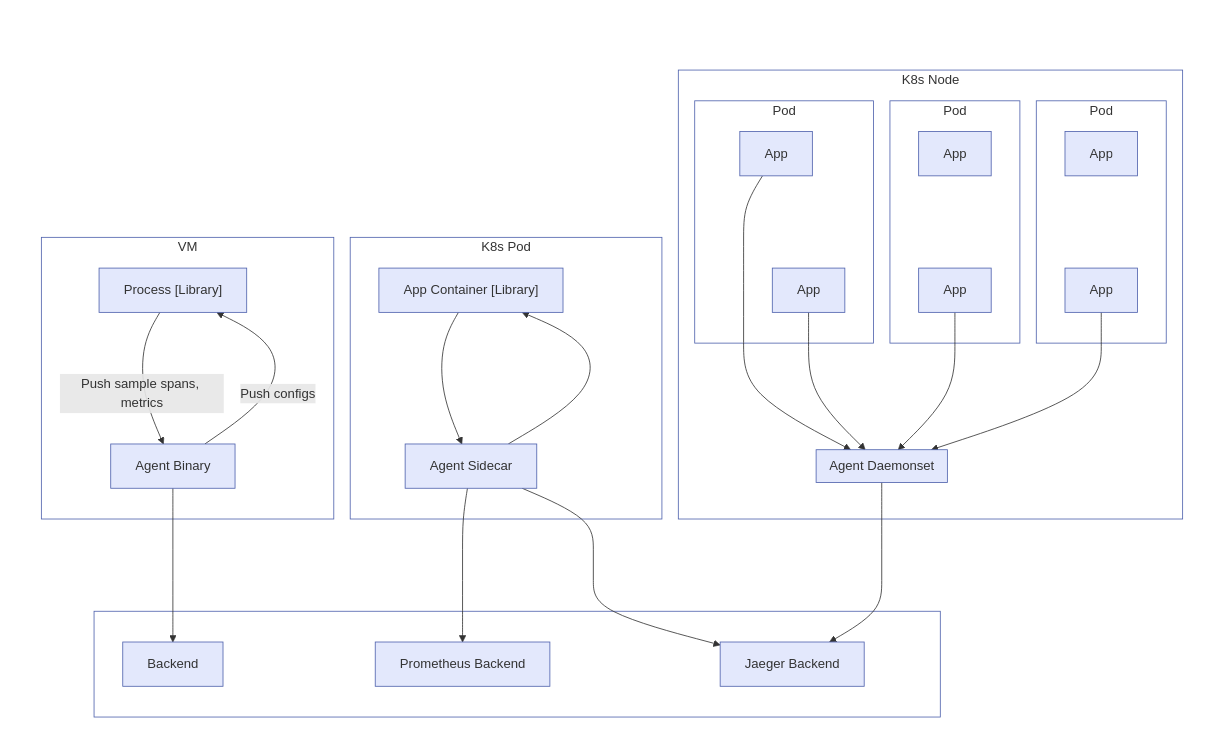
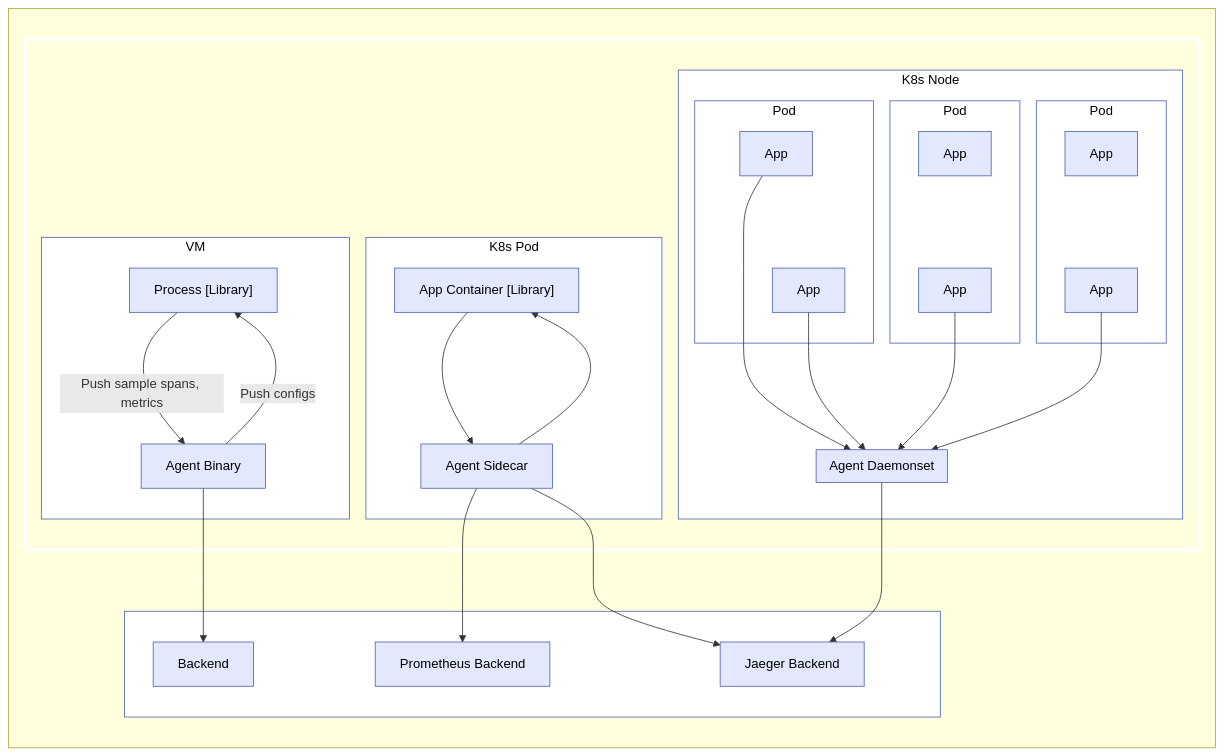
Before and after one commit to open-telemetry/opentelemetry.io: the sixth of 7 diagrams in content/en/docs/collector/architecture.md, drawn with Mermaid. The commit also changed other lines of this file, not shown here.

Commit message:
Make collector mermaid diagrams darkmode compatible

````diff
--- a/content/en/docs/collector/architecture.md
+++ b/content/en/docs/collector/architecture.md
@@ -304,47 +293,45 @@
 ```mermaid
 flowchart LR
-    subgraph S1 ["#nbsp;"]
-        subgraph S2 ["#nbsp;"]
-        end
-        subgraph S3 ["#nbsp;"]
+  subgraph S1 ["#nbsp;"]
+      subgraph S2 ["#nbsp;"]
         subgraph VM [VM]
             PR["Process [Library]"] -->|Push sample spans, metrics| AB[Agent Binary]
             AB -->|Push configs| PR
         end
         subgraph K8s-pod [K8s Pod]
             AC["`App Container [Library]`"] --> AS[Agent Sidecar]
             AS --> AC
         end
         subgraph K8s-node [K8s Node]
             subgraph Pod1 [Pod]
                 APP1[App] ~~~ APP2[App]
             end
             subgraph Pod2 [Pod]
                 APP3[App] ~~~ APP4[App]
             end
             subgraph Pod3 [Pod]
                 APP5[App] ~~~ APP6[App]
             end
             subgraph AD [Agent Daemonset]
             end
             APP1 --> AD
             APP2 --> AD
             APP4 --> AD
             APP6 --> AD
         end
-        end
-        subgraph Backends ["#nbsp;"]
-            AB --> BE[Backend]
-            AS --> PRM[Prometheus Backend]
-            AS --> JA[Jaeger Backend]
-            AD --> JA
-        end
-    end
+      end
+      subgraph Backends ["#nbsp;"]
+          AB --> BE[Backend]
+          AS --> PRM[Prometheus Backend]
+          AS --> JA[Jaeger Backend]
+          AD --> JA
+      end
+  end
 
-class S1,S2,S3 noLines;
+class S2 noLines;
 class VM,K8s-pod,K8s-node,Pod1,Pod2,Pod3,Backends withLines;
 class PR,AB,AC,AS,APP1,APP2,APP3,APP4,APP5,APP6,AD,BE,PRM,JA nodeStyle
-classDef noLines fill:#fff,stroke:#fff,stroke-width:4px;
-classDef withLines fill:#fff,stroke:#4f62ad
-classDef nodeStyle fill:#e3e8fc,stroke:#4f62ad;
+classDef noLines stroke:#fff,stroke-width:4px,color:#000000;
+classDef withLines fill:#fff,stroke:#4f62ad,color:#000000;
+classDef nodeStyle fill:#e3e8fc,stroke:#4f62ad,color:#000000;
 ```
````
